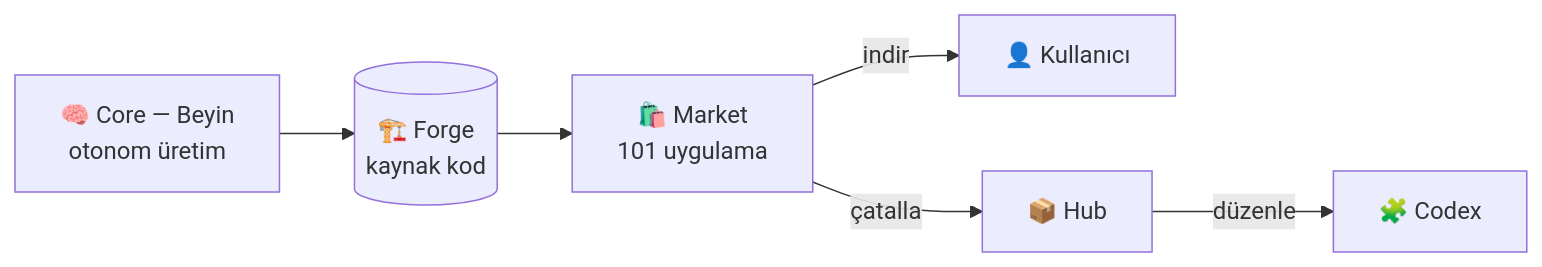
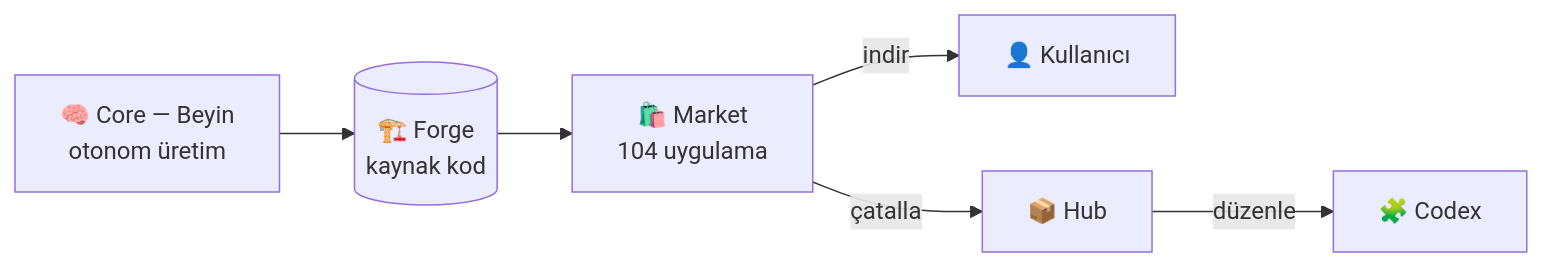
Before and after one commit to numexai/numex-market: the diagram in README.md, drawn with Mermaid. The commit also changed other lines of this file and 20 other files, not shown here.

````diff
--- a/README.md
+++ b/README.md
@@ -85,8 +85,8 @@
 ```mermaid
 flowchart LR
   CORE[🧠 Core — Beyin<br/>otonom üretim] --> FORGE[(🏗️ Forge<br/>kaynak kod)]
-  FORGE --> MARKET[🛍️ Market<br/>101 uygulama]
+  FORGE --> MARKET[🛍️ Market<br/>104 uygulama]
   MARKET -->|indir| USER[👤 Kullanıcı]
   MARKET -->|çatalla| HUB[📦 Hub]
   HUB -->|düzenle| CODEX[🧩 Codex]
 ```
````
